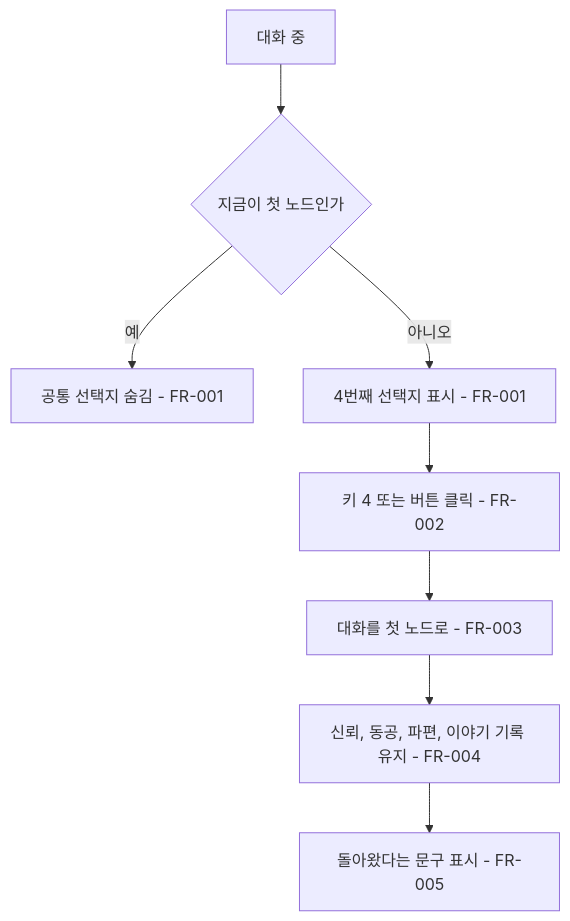
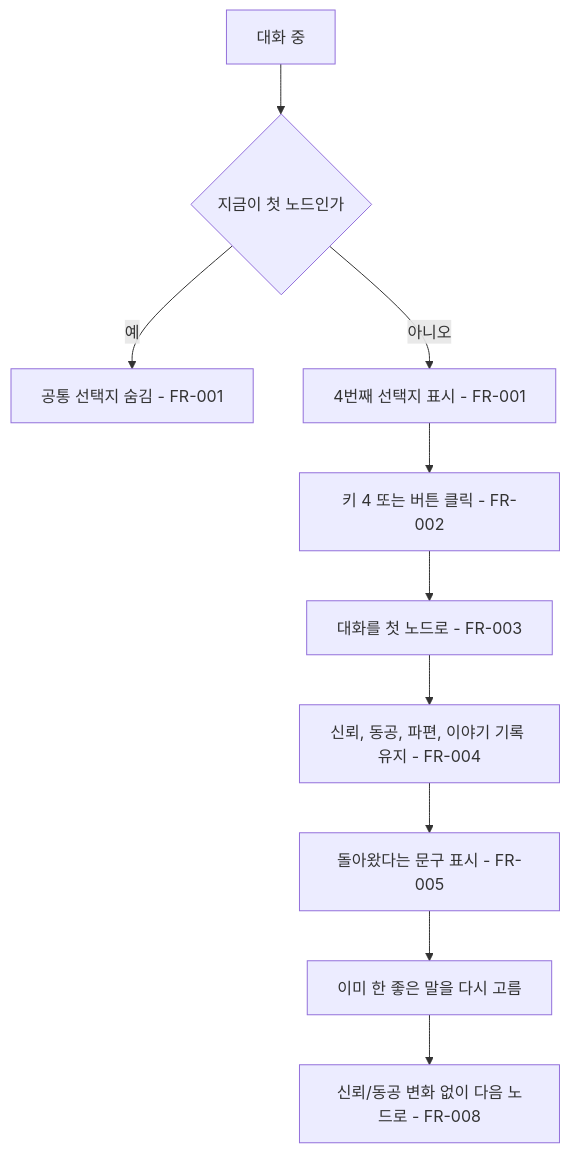
One commit to xpaklove12-lang/Corner1 changed the diagram in docs/specs/004-return-to-start-option.md. Above: the diagram before and after it, drawn with Mermaid. The commit also changed other lines of this file and 1 other file, not shown here.

Commit message:
fix(004): 처음 이야기로 돌아온 뒤 이미 한 좋은 말로도 대화가 진행되게 수정

````diff
--- a/docs/specs/004-return-to-start-option.md
+++ b/docs/specs/004-return-to-start-option.md
@@ -51,10 +51,12 @@
 ```mermaid
 flowchart TD
     A[대화 중] --> B{지금이 첫 노드인가}
     B -- 예 --> C[공통 선택지 숨김 - FR-001]
     B -- 아니오 --> D[4번째 선택지 표시 - FR-001]
     D --> E[키 4 또는 버튼 클릭 - FR-002]
     E --> F[대화를 첫 노드로 - FR-003]
     F --> G[신뢰, 동공, 파편, 이야기 기록 유지 - FR-004]
     G --> H[돌아왔다는 문구 표시 - FR-005]
+    H --> I[이미 한 좋은 말을 다시 고름]
+    I --> J[신뢰/동공 변화 없이 다음 노드로 - FR-008]
 ```
````
